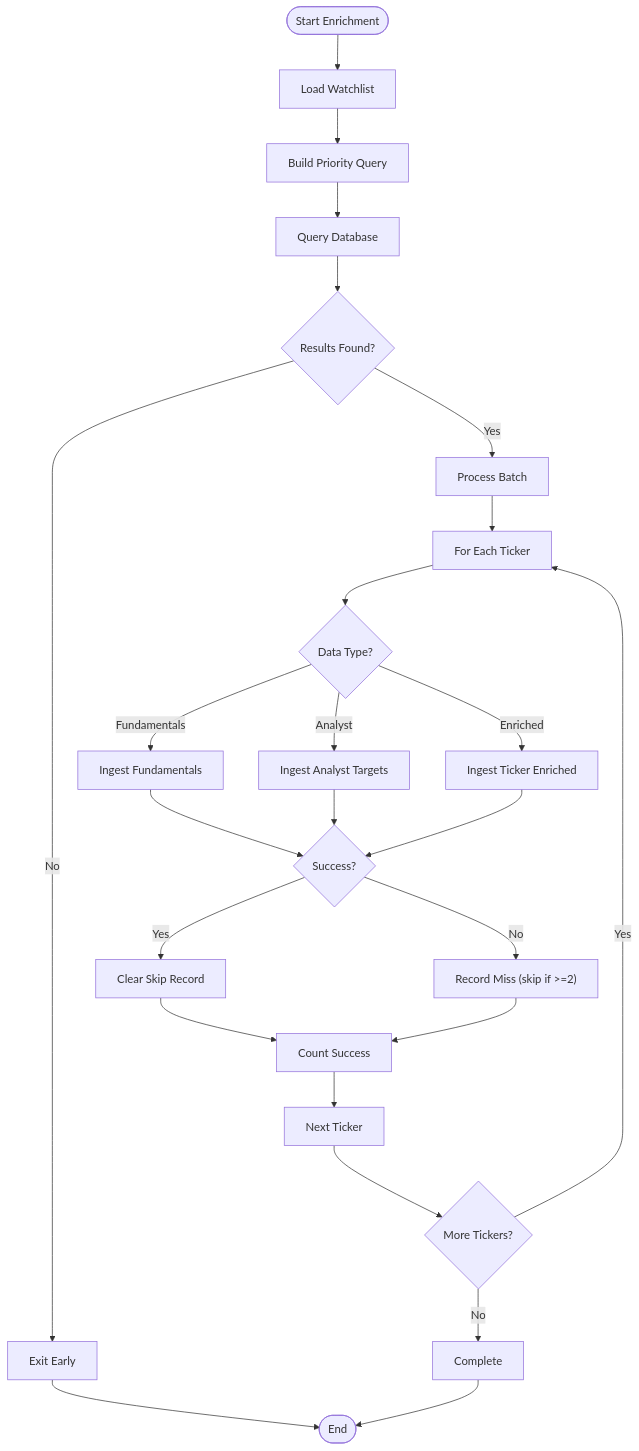
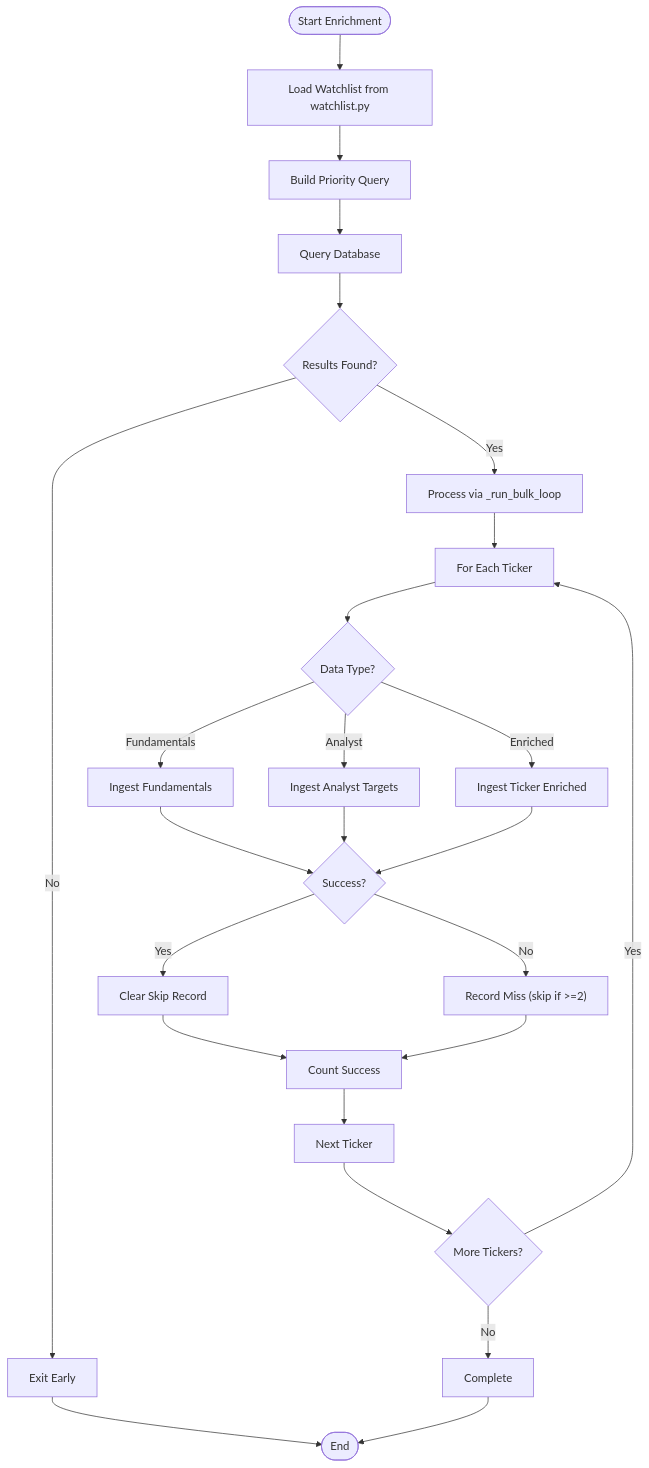
One commit to ZengSeng/telegram-bot changed diagram 11 of 21 in .qoder/repowiki/en/content/Core Components/Data Engineering Module/Data Engineering Module.md. Above: the diagram before and after it, drawn with Mermaid. The commit also changed other lines of this file and 15 other files, not shown here.

````diff
--- a/.qoder/repowiki/en/content/Core Components/Data Engineering Module/Data Engineering Module.md
+++ b/.qoder/repowiki/en/content/Core Components/Data Engineering Module/Data Engineering Module.md
@@ -689,27 +724,27 @@
 ```mermaid
 flowchart TD
-Start(["Start Enrichment"]) --> LoadWatchlist["Load Watchlist"]
+Start(["Start Enrichment"]) --> LoadWatchlist["Load Watchlist from watchlist.py"]
 LoadWatchlist --> BuildPriorityQuery["Build Priority Query"]
 BuildPriorityQuery --> QueryDB["Query Database"]
 QueryDB --> CheckResults{"Results Found?"}
 CheckResults --> |No| ExitEarly["Exit Early"]
-CheckResults --> |Yes| ProcessBatch["Process Batch"]
+CheckResults --> |Yes| ProcessBatch["Process via _run_bulk_loop"]
 ProcessBatch --> ForEachTicker["For Each Ticker"]
 ForEachTicker --> DetermineType{"Data Type?"}
 DetermineType --> |Fundamentals| IngestFundamentals["Ingest Fundamentals"]
 DetermineType --> |Analyst| IngestAnalyst["Ingest Analyst Targets"]
 DetermineType --> |Enriched| IngestEnriched["Ingest Ticker Enriched"]
 IngestFundamentals --> SuccessCheck{"Success?"}
 IngestAnalyst --> SuccessCheck
 IngestEnriched --> SuccessCheck
 SuccessCheck --> |Yes| ClearMiss["Clear Skip Record"]
 SuccessCheck --> |No| RecordMiss["Record Miss (skip if >=2)"]
 ClearMiss --> CountSuccess["Count Success"]
 RecordMiss --> CountSuccess
 CountSuccess --> NextTicker["Next Ticker"]
 NextTicker --> MoreTickers{"More Tickers?"}
 MoreTickers --> |Yes| ForEachTicker
 MoreTickers --> |No| Complete["Complete"]
 ExitEarly --> End(["End"])
 Complete --> End
 ```
````
